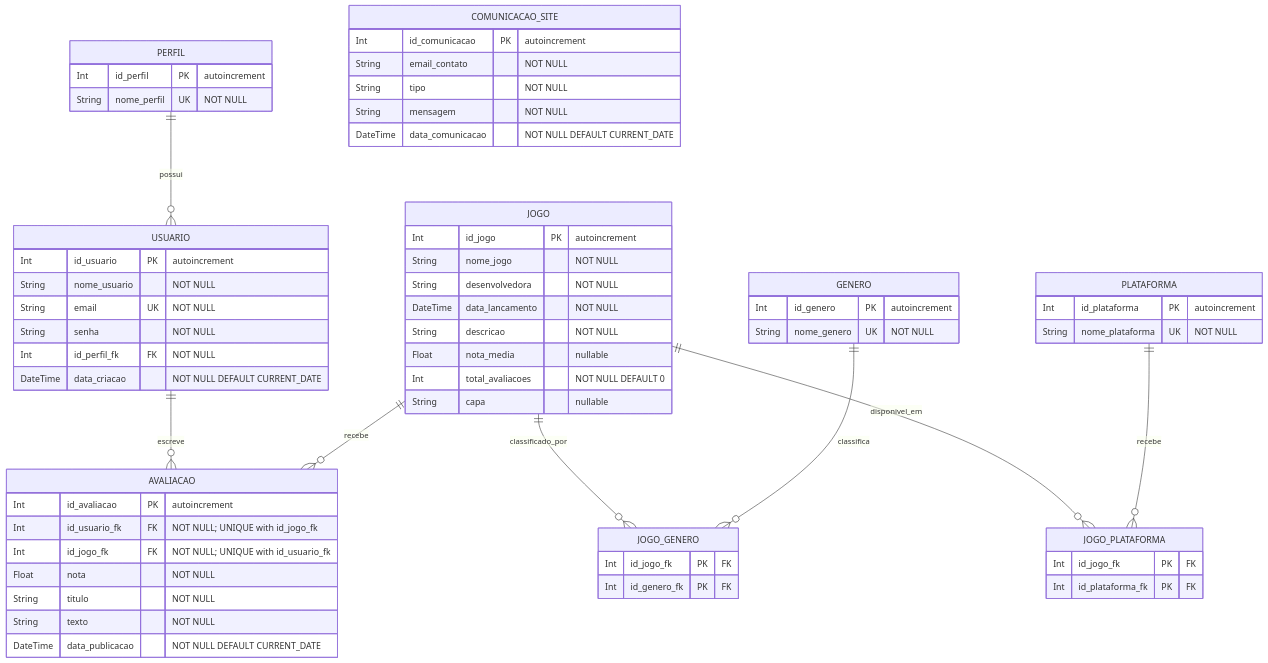
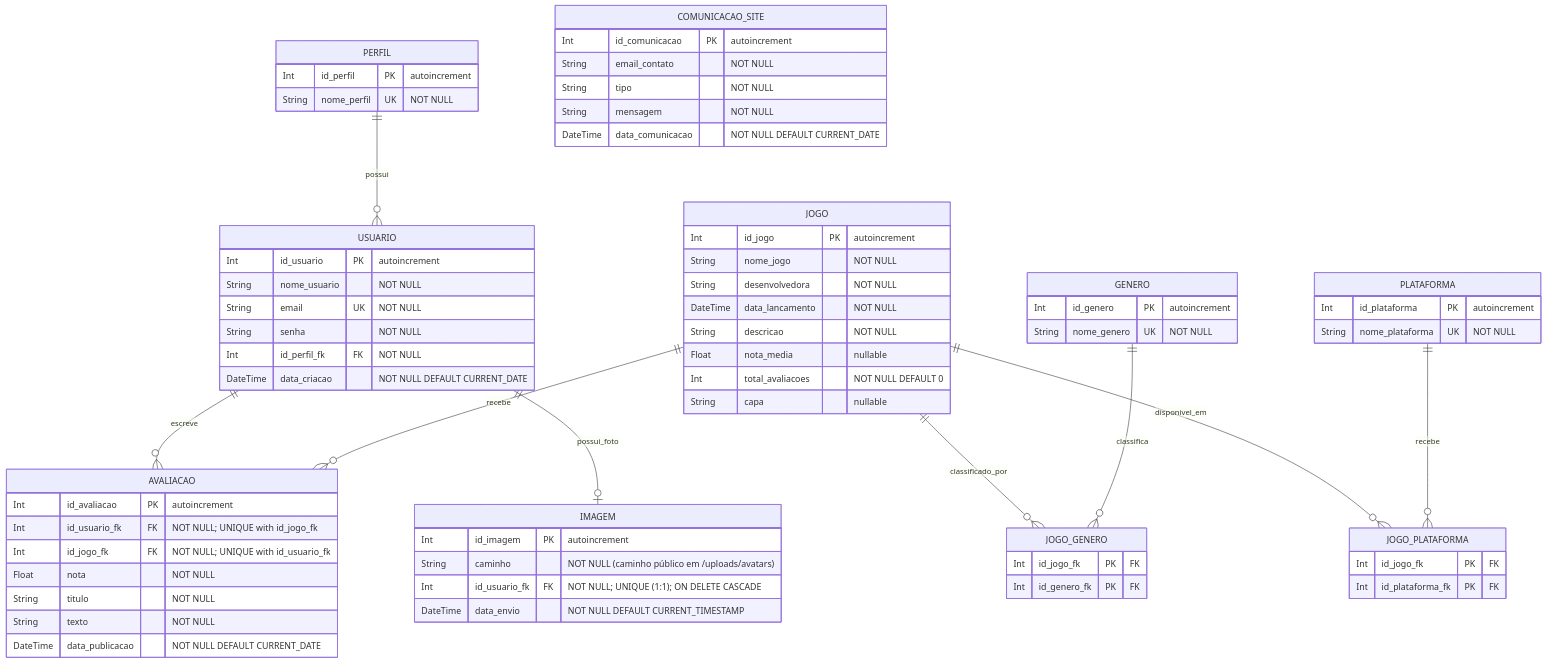
The diagram in backend/gamerate-api/docs/erd.md (Davi-Limaco/gamerate), drawn with Mermaid before and after one commit. The commit also changed other lines of this file and 6505 other files, not shown here.

````diff
--- a/backend/gamerate-api/docs/erd.md
+++ b/backend/gamerate-api/docs/erd.md
@@ -8,65 +8,72 @@
 ```mermaid
 erDiagram
     PERFIL ||--o{ USUARIO : possui
     USUARIO ||--o{ AVALIACAO : escreve
+    USUARIO ||--o| IMAGEM : possui_foto
     JOGO ||--o{ AVALIACAO : recebe
     JOGO ||--o{ JOGO_GENERO : classificado_por
     GENERO ||--o{ JOGO_GENERO : classifica
     JOGO ||--o{ JOGO_PLATAFORMA : disponivel_em
     PLATAFORMA ||--o{ JOGO_PLATAFORMA : recebe
 
     PERFIL {
         Int id_perfil PK "autoincrement"
         String nome_perfil UK "NOT NULL"
     }
     USUARIO {
         Int id_usuario PK "autoincrement"
         String nome_usuario "NOT NULL"
         String email UK "NOT NULL"
         String senha "NOT NULL"
         Int id_perfil_fk FK "NOT NULL"
         DateTime data_criacao "NOT NULL DEFAULT CURRENT_DATE"
+    }
+    IMAGEM {
+        Int id_imagem PK "autoincrement"
+        String caminho "NOT NULL (caminho público em /uploads/avatars)"
+        Int id_usuario_fk FK "NOT NULL; UNIQUE (1:1); ON DELETE CASCADE"
+        DateTime data_envio "NOT NULL DEFAULT CURRENT_TIMESTAMP"
     }
     JOGO {
         Int id_jogo PK "autoincrement"
         String nome_jogo "NOT NULL"
         String desenvolvedora "NOT NULL"
         DateTime data_lancamento "NOT NULL"
         String descricao "NOT NULL"
         Float nota_media "nullable"
         Int total_avaliacoes "NOT NULL DEFAULT 0"
         String capa "nullable"
     }
     AVALIACAO {
         Int id_avaliacao PK "autoincrement"
         Int id_usuario_fk FK "NOT NULL; UNIQUE with id_jogo_fk"
         Int id_jogo_fk FK "NOT NULL; UNIQUE with id_usuario_fk"
         Float nota "NOT NULL"
         String titulo "NOT NULL"
         String texto "NOT NULL"
         DateTime data_publicacao "NOT NULL DEFAULT CURRENT_DATE"
     }
     GENERO {
         Int id_genero PK "autoincrement"
         String nome_genero UK "NOT NULL"
     }
     JOGO_GENERO {
         Int id_jogo_fk PK "FK"
         Int id_genero_fk PK "FK"
     }
     PLATAFORMA {
         Int id_plataforma PK "autoincrement"
         String nome_plataforma UK "NOT NULL"
     }
     JOGO_PLATAFORMA {
         Int id_jogo_fk PK "FK"
         Int id_plataforma_fk PK "FK"
     }
     COMUNICACAO_SITE {
         Int id_comunicacao PK "autoincrement"
         String email_contato "NOT NULL"
         String tipo "NOT NULL"
         String mensagem "NOT NULL"
         DateTime data_comunicacao "NOT NULL DEFAULT CURRENT_DATE"
     }
 ```
````
